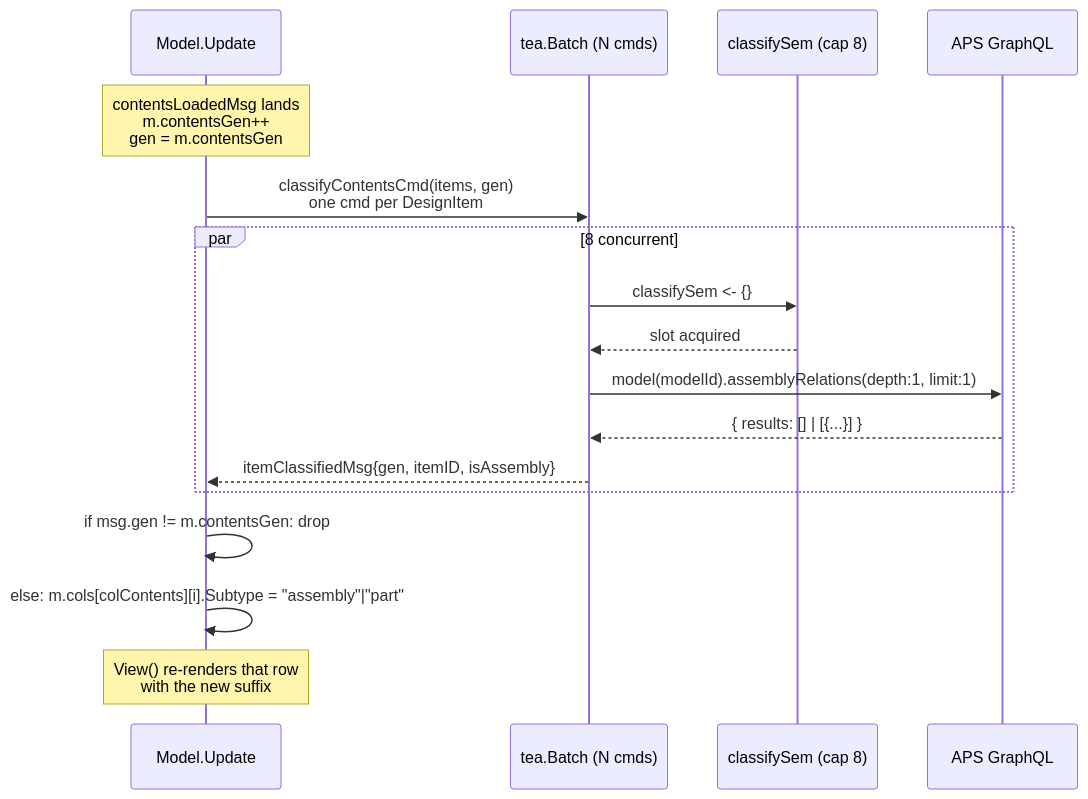
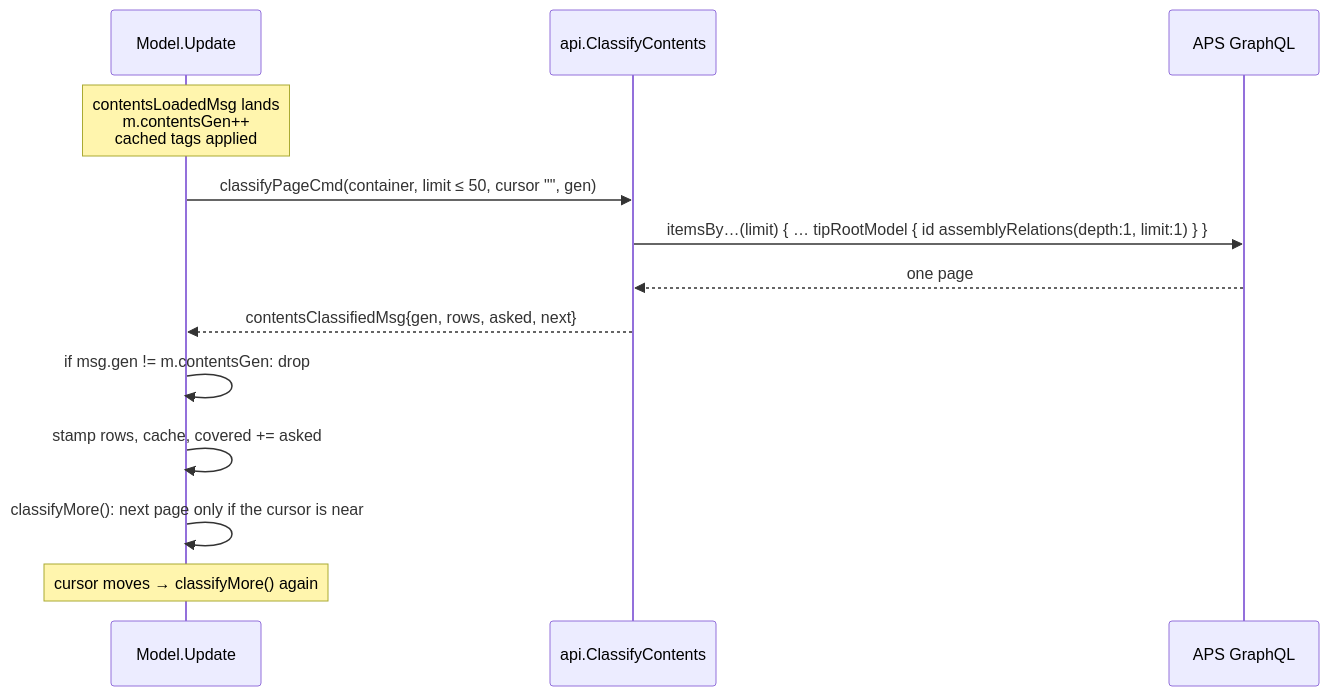
One commit to schneik80/FusionDataCLI changed the seventh of 7 diagrams in docs/architecture.md. Above: the diagram before and after it, drawn with Mermaid. The commit also changed other lines of this file and 20 other files, not shown here.

````diff
--- a/docs/architecture.md
+++ b/docs/architecture.md
@@ -192,20 +192,16 @@
 ```mermaid
 sequenceDiagram
     participant Update as Model.Update
-    participant Batch as tea.Batch (N cmds)
-    participant Sem as classifySem (cap 8)
+    participant API as api.ClassifyContents
     participant APS as APS GraphQL
 
-    Note over Update: contentsLoadedMsg lands<br/>m.contentsGen++<br/>gen = m.contentsGen
-    Update->>Batch: classifyContentsCmd(items, gen)<br/>one cmd per DesignItem
-    par 8 concurrent
-        Batch->>Sem: classifySem <- {}
-        Sem-->>Batch: slot acquired
-        Batch->>APS: model(modelId).assemblyRelations(depth:1, limit:1)
-        APS-->>Batch: { results: [] | [{...}] }
-        Batch-->>Update: itemClassifiedMsg{gen, itemID, isAssembly}
-    end
+    Note over Update: contentsLoadedMsg lands<br/>m.contentsGen++<br/>cached tags applied
+    Update->>API: classifyPageCmd(container, limit ≤ 50, cursor "", gen)
+    API->>APS: itemsBy…(limit) { … tipRootModel { id assemblyRelations(depth:1, limit:1) } }
+    APS-->>API: one page
+    API-->>Update: contentsClassifiedMsg{gen, rows, asked, next}
     Update->>Update: if msg.gen != m.contentsGen: drop
-    Update->>Update: else: m.cols[colContents][i].Subtype = "assembly"|"part"
-    Note over Update: View() re-renders that row<br/>with the new suffix
+    Update->>Update: stamp rows, cache, covered += asked
+    Update->>Update: classifyMore(): next page only if the cursor is near
+    Note over Update: cursor moves → classifyMore() again
 ```
````
